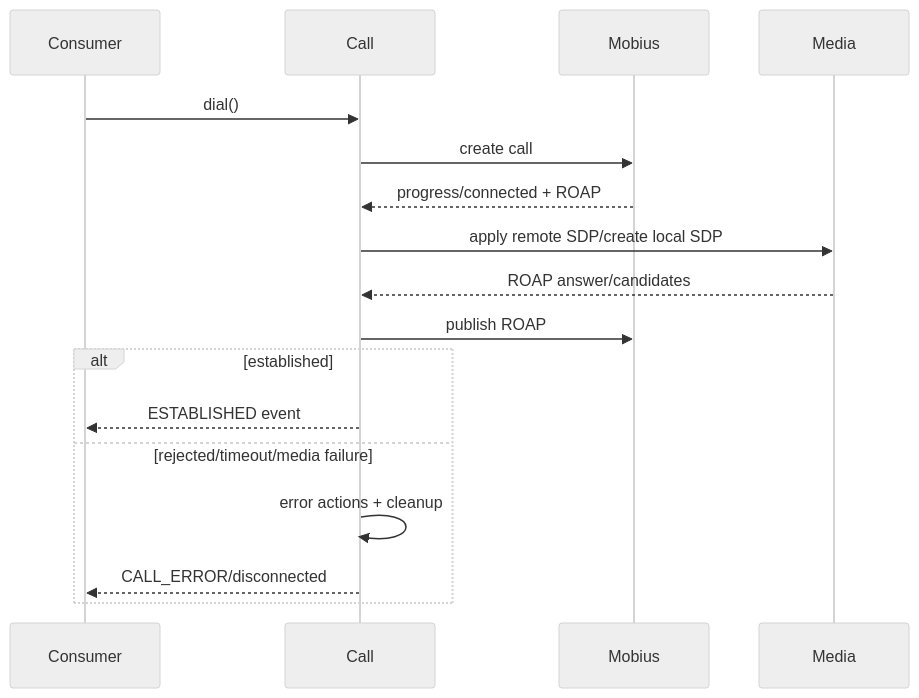
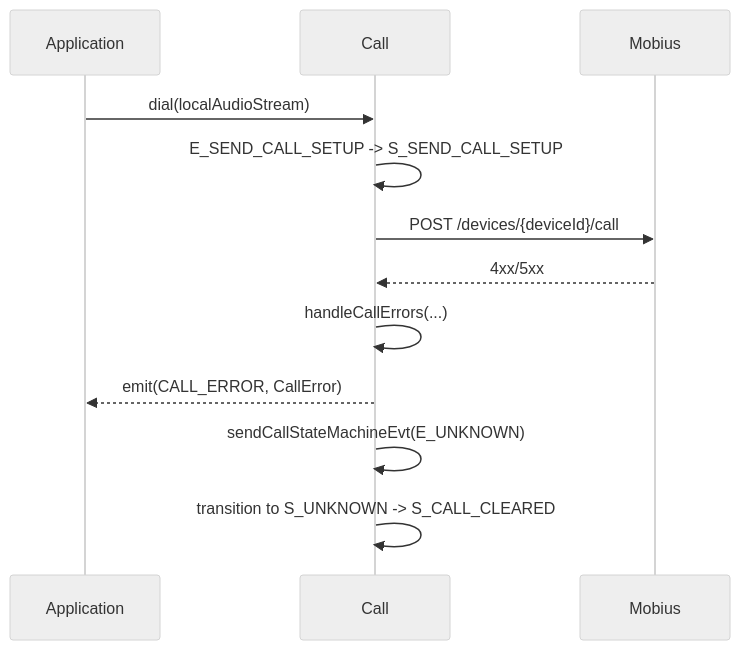
One commit to webex/webex-js-sdk changed diagram 18 of 19 in packages/calling/src/CallingClient/calling/ai-docs/calling-spec.md. Above: the diagram before and after it, drawn with Mermaid (neutral theme). The commit also changed other lines of this file and 59 other files, not shown here.

````diff
--- a/packages/calling/src/CallingClient/calling/ai-docs/calling-spec.md
+++ b/packages/calling/src/CallingClient/calling/ai-docs/calling-spec.md
@@ -85,19 +1764,15 @@
 ```mermaid
 sequenceDiagram
- participant C as Consumer
- participant Call
- participant M as Mobius
- participant Media
- C->>Call: dial()
- Call->>M: create call
- M-->>Call: progress/connected + ROAP
- Call->>Media: apply remote SDP/create local SDP
- Media-->>Call: ROAP answer/candidates
- Call->>M: publish ROAP
- alt established
-  Call-->>C: ESTABLISHED event
- else rejected/timeout/media failure
-  Call->>Call: error actions + cleanup
-  Call-->>C: CALL_ERROR/disconnected
- end
+    participant App as Application
+    participant Call as Call
+    participant Mobius as Mobius
+
+    App->>Call: dial(localAudioStream)
+    Call->>Call: E_SEND_CALL_SETUP -> S_SEND_CALL_SETUP
+    Call->>Mobius: POST /devices/{deviceId}/call
+    Mobius-->>Call: 4xx/5xx
+    Call->>Call: handleCallErrors(...)
+    Call-->>App: emit(CALL_ERROR, CallError)
+    Call->>Call: sendCallStateMachineEvt(E_UNKNOWN)
+    Call->>Call: transition to S_UNKNOWN -> S_CALL_CLEARED
 ```
````
